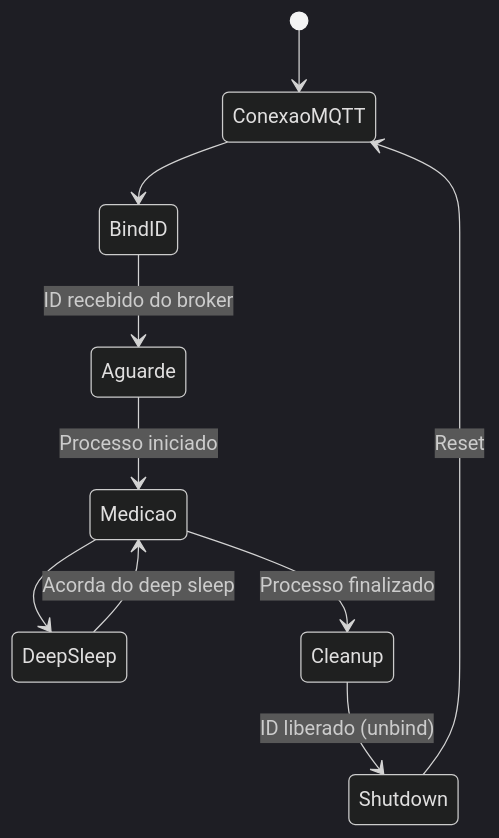
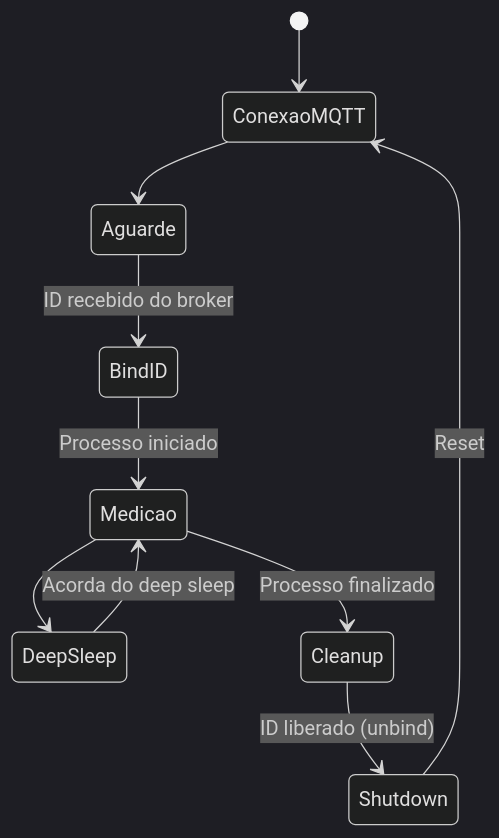
Before and after one commit to ECA-UFSC-FLN/2025.2-g9-sensorumidadewireless: the third of 3 diagrams in docs/embarcado.md, drawn with Mermaid (dark theme).

Commit message:
Reorder state transitions in stateDiagram

````diff
--- a/docs/embarcado.md
+++ b/docs/embarcado.md
@@ -96,13 +96,13 @@
 ```mermaid
 stateDiagram
     direction TB
     [*] --> ConexaoMQTT
-    ConexaoMQTT --> BindID
-    BindID --> Aguarde: ID recebido do broker
-    Aguarde --> Medicao: Processo iniciado
+    ConexaoMQTT --> Aguarde
+    Aguarde --> BindID: ID recebido do broker
+    BindID --> Medicao: Processo iniciado
     Medicao --> DeepSleep
     DeepSleep --> Medicao: Acorda do deep sleep
     Medicao --> Cleanup: Processo finalizado
     Cleanup --> Shutdown: ID liberado (unbind)
     Shutdown --> ConexaoMQTT: Reset
 ```
````
